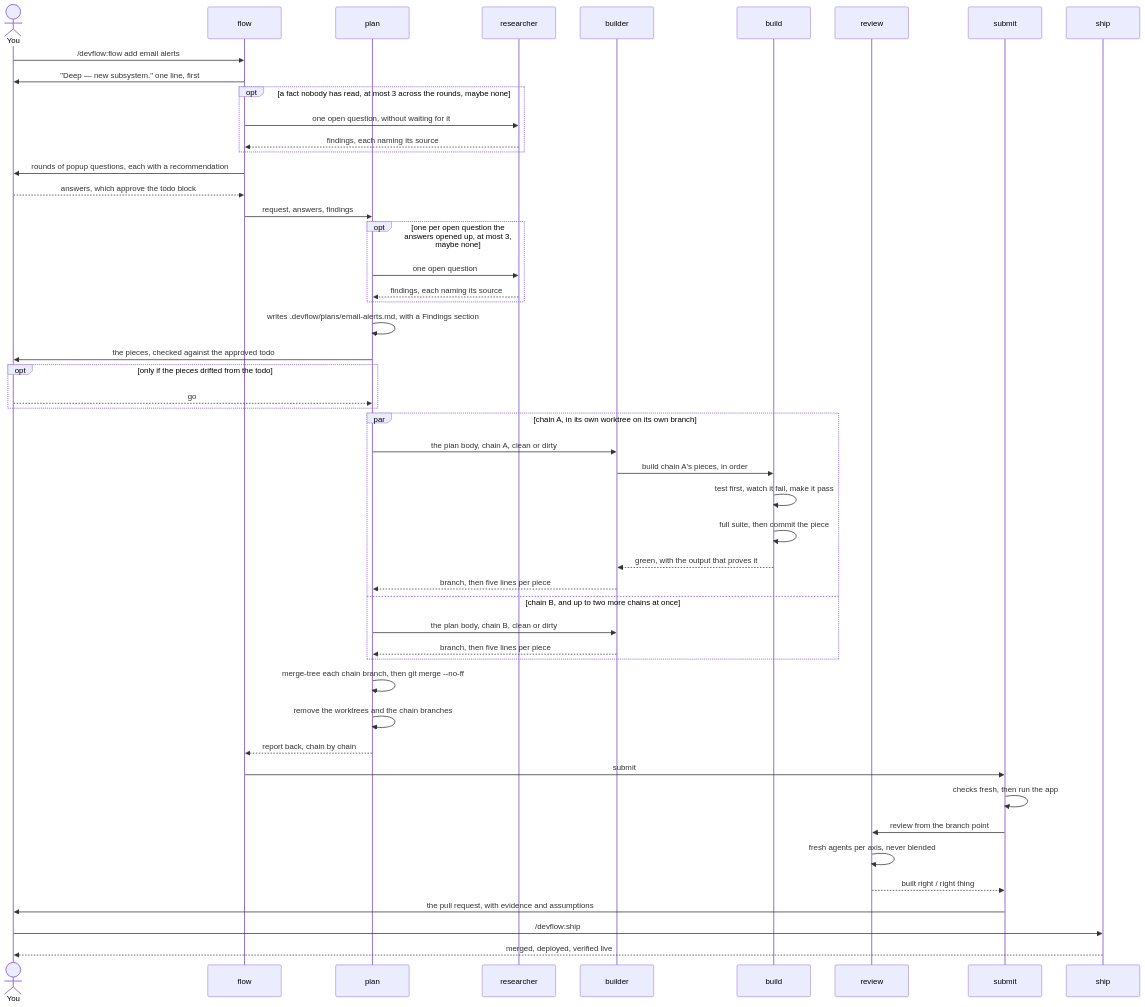
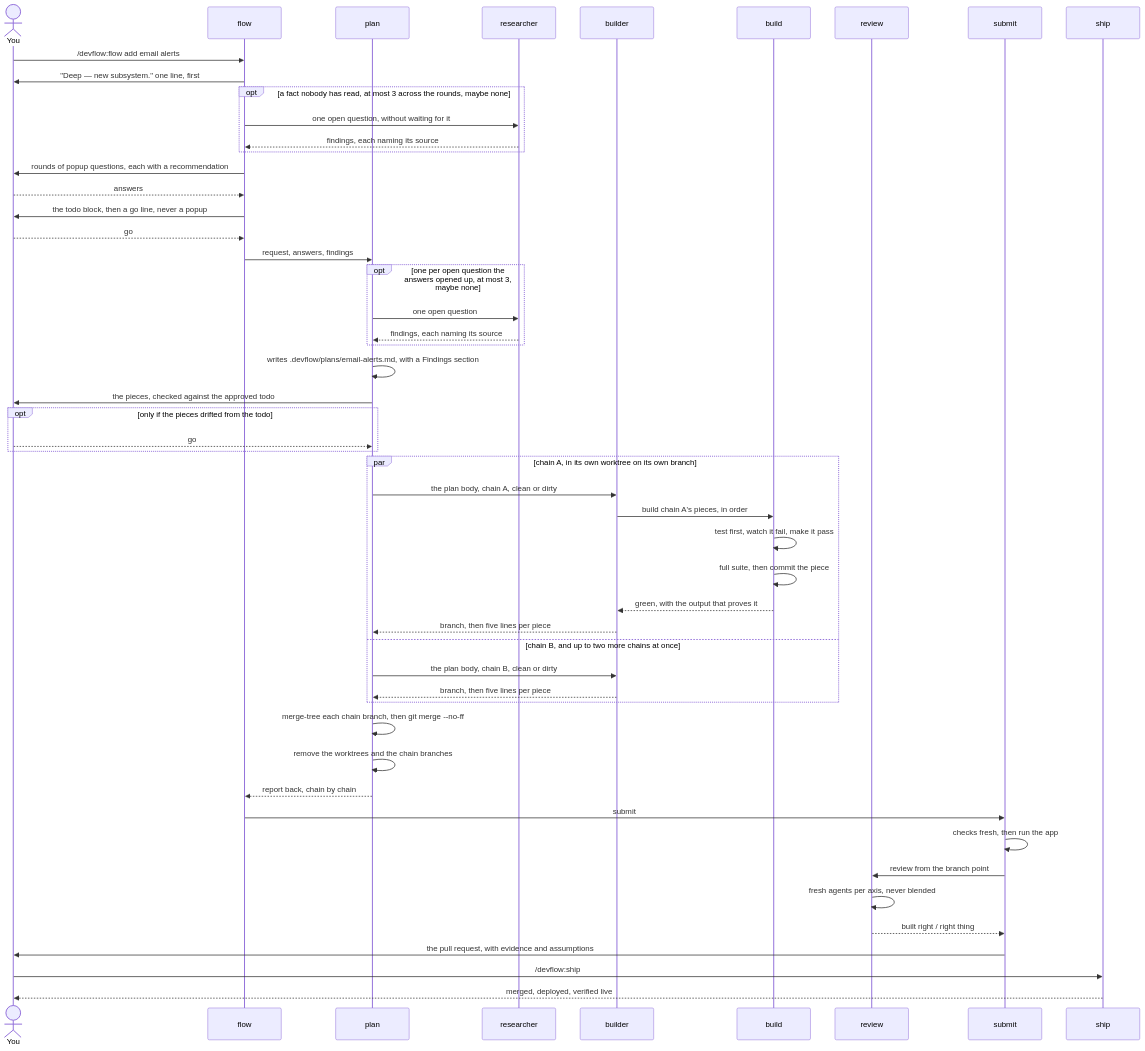
Before and after one commit to eddiechok/agent-devflow: the second of 2 diagrams in docs/pipeline.md, drawn with Mermaid. The commit also changed 11 other files, not shown here.

First line of the commit message:
fix(flow): ask go as a text line under the report, never a popup (#113)

````diff
--- a/docs/pipeline.md
+++ b/docs/pipeline.md
@@ -95,55 +95,57 @@
 ```mermaid
 sequenceDiagram
     actor You
     participant flow
     participant plan
     participant researcher
     participant builder
     participant build
     participant review
     participant submit
     participant ship
 
     You->>flow: /devflow:flow add email alerts
     flow->>You: "Deep — new subsystem." one line, first
     opt a fact nobody has read, at most 3 across the rounds, maybe none
         flow->>researcher: one open question, without waiting for it
         researcher-->>flow: findings, each naming its source
     end
     flow->>You: rounds of popup questions, each with a recommendation
-    You-->>flow: answers, which approve the todo block
+    You-->>flow: answers
+    flow->>You: the todo block, then a go line, never a popup
+    You-->>flow: go
     flow->>plan: request, answers, findings
     opt one per open question the answers opened up, at most 3, maybe none
         plan->>researcher: one open question
         researcher-->>plan: findings, each naming its source
     end
     plan->>plan: writes .devflow/plans/email-alerts.md, with a Findings section
     plan->>You: the pieces, checked against the approved todo
     opt only if the pieces drifted from the todo
         You-->>plan: go
     end
 
     par chain A, in its own worktree on its own branch
         plan->>builder: the plan body, chain A, clean or dirty
         builder->>build: build chain A's pieces, in order
         build->>build: test first, watch it fail, make it pass
         build->>build: full suite, then commit the piece
         build-->>builder: green, with the output that proves it
         builder-->>plan: branch, then five lines per piece
     and chain B, and up to two more chains at once
         plan->>builder: the plan body, chain B, clean or dirty
         builder-->>plan: branch, then five lines per piece
     end
 
     plan->>plan: merge-tree each chain branch, then git merge --no-ff
     plan->>plan: remove the worktrees and the chain branches
     plan-->>flow: report back, chain by chain
     flow->>submit: submit
     submit->>submit: checks fresh, then run the app
     submit->>review: review from the branch point
     review->>review: fresh agents per axis, never blended
     review-->>submit: built right / right thing
     submit->>You: the pull request, with evidence and assumptions
     You->>ship: /devflow:ship
     ship-->>You: merged, deployed, verified live
 ```
````
